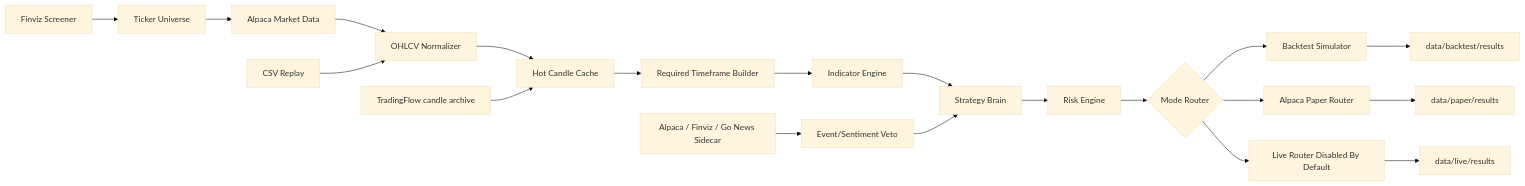
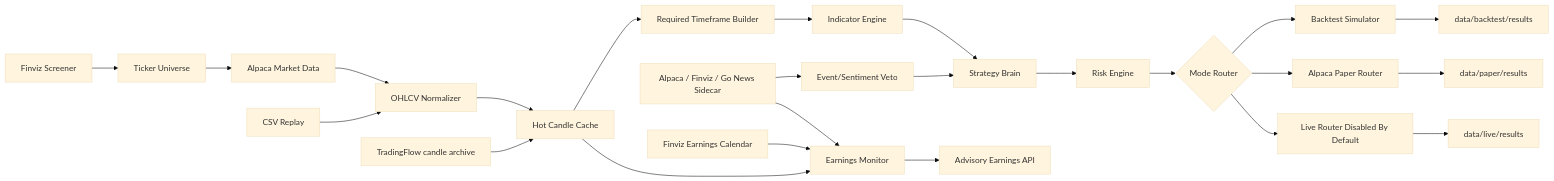
Before and after one commit to manishgh/trading_flow: the first of 3 diagrams in docs/architecture.md, drawn with Mermaid (base theme). The commit also changed other lines of this file and 101 other files, not shown here.

````diff
--- a/docs/architecture.md
+++ b/docs/architecture.md
@@ -5,26 +5,31 @@
 ```mermaid
 flowchart LR
     A["Alpaca Market Data"] --> N["OHLCV Normalizer"]
     CSV["CSV Replay"] --> N
     F["Finviz Screener"] --> U["Ticker Universe"]
     U --> A
 
     N --> S["Hot Candle Cache"]
     Blob["TradingFlow candle archive"] --> S
     S --> TF["Required Timeframe Builder"]
     TF --> I["Indicator Engine"]
     I --> C["Strategy Brain"]
 
     News["Alpaca / Finviz / Go News Sidecar"] --> V["Event/Sentiment Veto"]
     V --> C
 
+    FE["Finviz Earnings Calendar"] --> EM["Earnings Monitor"]
+    News --> EM
+    S --> EM
+    EM --> EA["Advisory Earnings API"]
+
     C --> R["Risk Engine"]
     R --> O{"Mode Router"}
     O --> B["Backtest Simulator"]
     O --> P["Alpaca Paper Router"]
     O --> L["Live Router Disabled By Default"]
 
     B --> BA["data/backtest/results"]
     P --> PA["data/paper/results"]
     L --> LA["data/live/results"]
 ```
````
